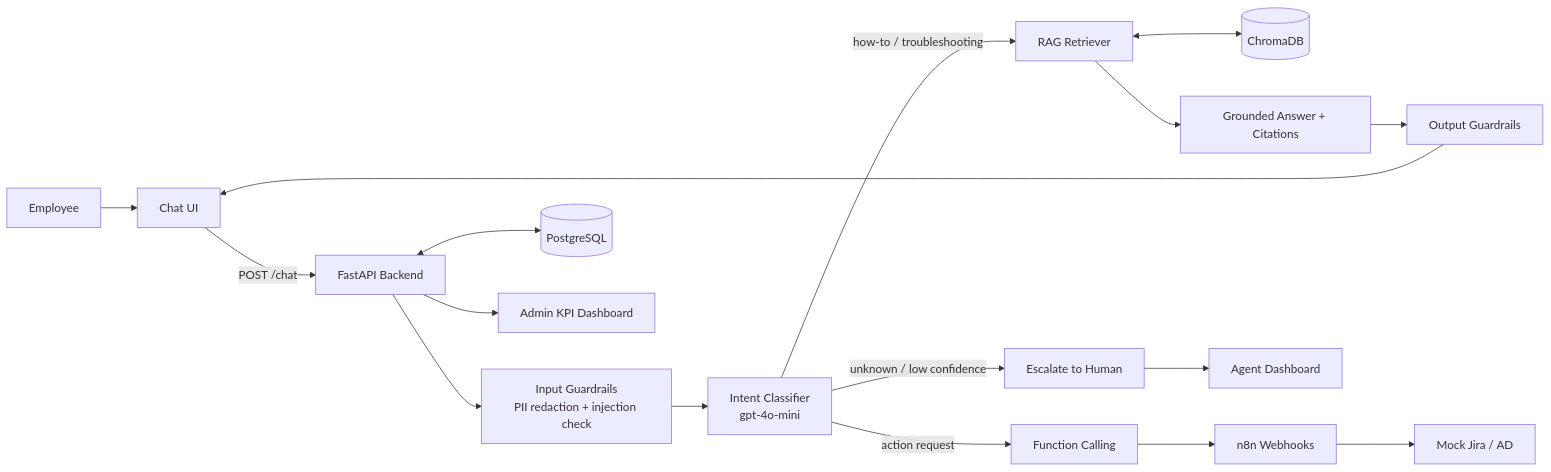
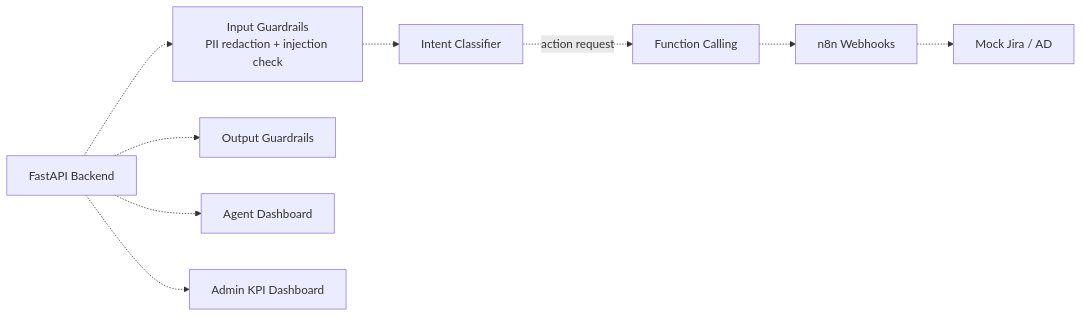
The second of 2 diagrams in ai-has/docs/architecture.md (Orbie-HelpDesk/Orbie), drawn with Mermaid before and after one commit. The commit also changed other lines of this file and 1 other file, not shown here.

Commit message:
Update README and architecture docs to match what runs

````diff
--- a/ai-has/docs/architecture.md
+++ b/ai-has/docs/architecture.md
@@ -3,19 +19,11 @@
 ```mermaid
 flowchart LR
-    U[Employee] --> FE[Chat UI]
-    FE -->|POST /chat| API[FastAPI Backend]
-    API --> G1[Input Guardrails<br/>PII redaction + injection check]
-    G1 --> IC[Intent Classifier<br/>gpt-4o-mini]
-    IC -->|how-to / troubleshooting| RAG[RAG Retriever]
-    RAG <--> VDB[(ChromaDB)]
-    IC -->|action request| FC[Function Calling]
-    FC --> N8N[n8n Webhooks]
-    N8N --> EXT[Mock Jira / AD]
-    IC -->|unknown / low confidence| ESC[Escalate to Human]
-    RAG --> LLM[Grounded Answer + Citations]
-    LLM --> G2[Output Guardrails]
-    G2 --> FE
-    API <--> DB[(PostgreSQL)]
-    ESC --> AG[Agent Dashboard]
-    API --> ADM[Admin KPI Dashboard]
+    API[FastAPI Backend] -.-> G1[Input Guardrails<br/>PII redaction + injection check]
+    G1 -.-> IC[Intent Classifier]
+    IC -.->|action request| FC[Function Calling]
+    FC -.-> N8N[n8n Webhooks]
+    N8N -.-> EXT[Mock Jira / AD]
+    API -.-> G2[Output Guardrails]
+    API -.-> AG[Agent Dashboard]
+    API -.-> ADM[Admin KPI Dashboard]
 ```
````
